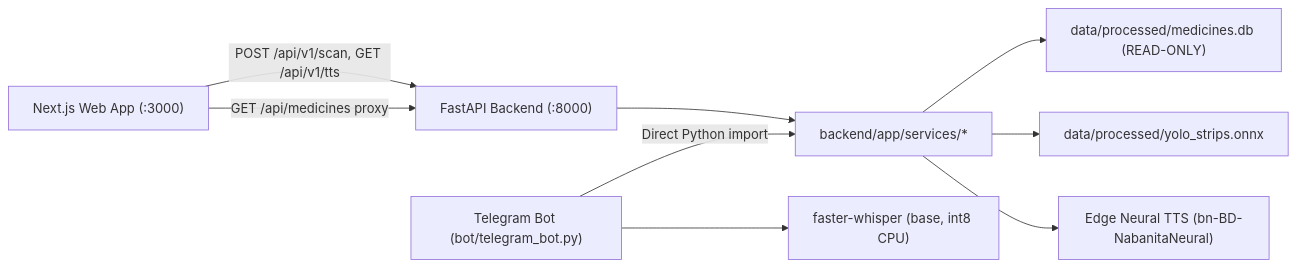
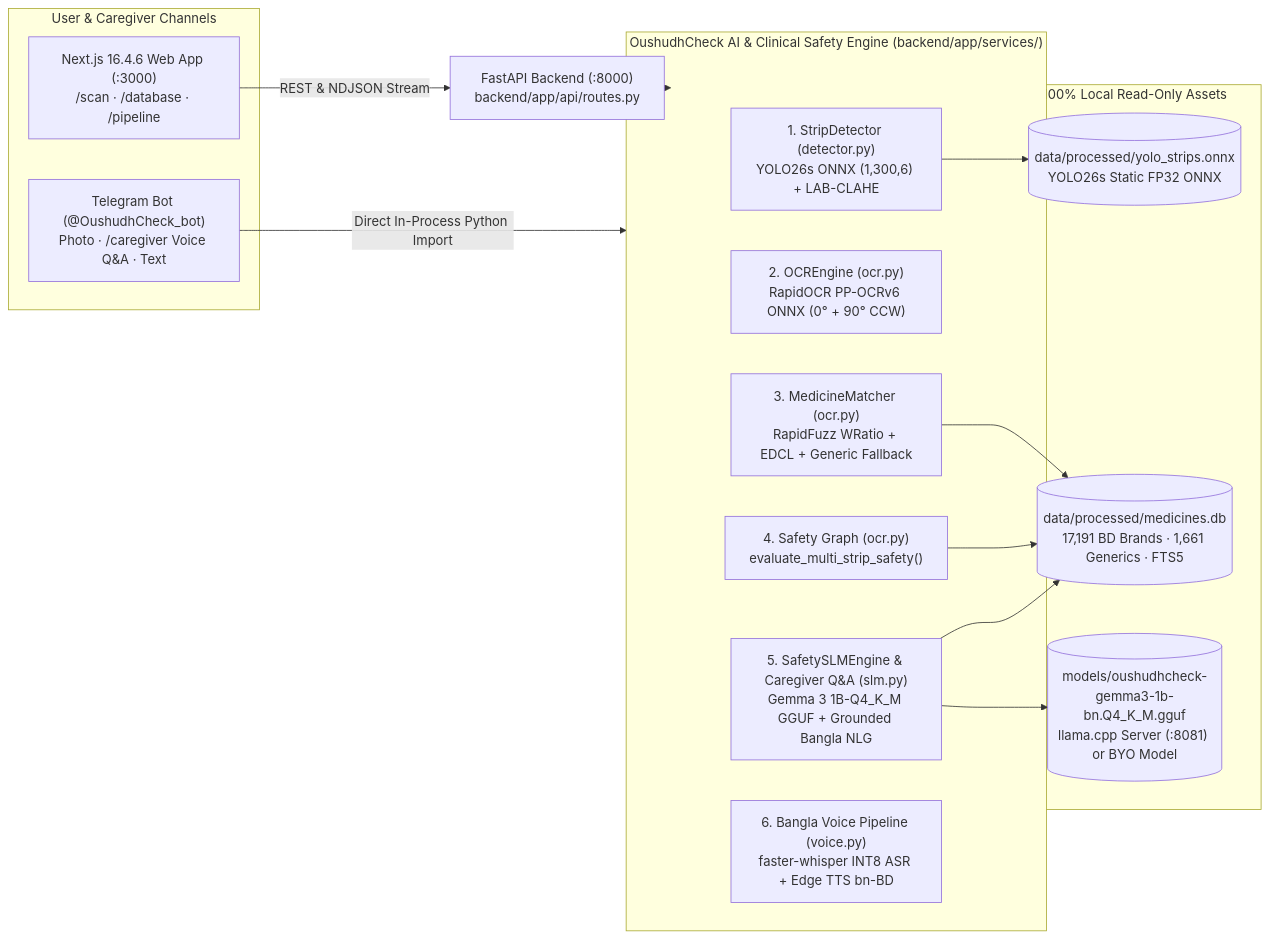
The diagram in agent.md (rhridoyhossan/OushudhCheck), drawn with Mermaid before and after one commit. The commit also changed other lines of this file and 19 other files, not shown here.

````diff
--- a/agent.md
+++ b/agent.md
@@ -14,11 +30,31 @@
 ```mermaid
 flowchart LR
-    Web["Next.js Web App (:3000)"] -->|POST /api/v1/scan, GET /api/v1/tts| API["FastAPI Backend (:8000)"]
-    Web -->|GET /api/medicines proxy| API
-    Bot["Telegram Bot (bot/telegram_bot.py)"] -->|Direct Python import| Services["backend/app/services/*"]
-    API --> Services
-    Services --> DB["data/processed/medicines.db (READ-ONLY)"]
-    Services --> ONNX["data/processed/yolo_strips.onnx"]
-    Services --> TTS["Edge Neural TTS (bn-BD-NabanitaNeural)"]
-    Bot --> ASR["faster-whisper (base, int8 CPU)"]
+    subgraph Clients["User & Caregiver Channels"]
+        Web["Next.js 16.4.6 Web App (:3000)\n/scan · /database · /pipeline"]
+        TG["Telegram Bot (@OushudhCheck_bot)\nPhoto · /caregiver Voice Q&A · Text"]
+    end
+
+    subgraph Core["OushudhCheck AI & Clinical Safety Engine (backend/app/services/)"]
+        Det["1. StripDetector (detector.py)\nYOLO26s ONNX (1,300,6) + LAB-CLAHE"]
+        OCR["2. OCREngine (ocr.py)\nRapidOCR PP-OCRv6 ONNX (0° + 90° CCW)"]
+        Fuzz["3. MedicineMatcher (ocr.py)\nRapidFuzz WRatio + EDCL + Generic Fallback"]
+        Safe["4. Safety Graph (ocr.py)\nevaluate_multi_strip_safety()"]
+        SLM["5. SafetySLMEngine & Caregiver Q&A (slm.py)\nGemma 3 1B-Q4_K_M GGUF + Grounded Bangla NLG"]
+        Voice["6. Bangla Voice Pipeline (voice.py)\nfaster-whisper INT8 ASR + Edge TTS bn-BD"]
+    end
+
+    subgraph Data["100% Local Read-Only Assets"]
+        DB[("data/processed/medicines.db\n17,191 BD Brands · 1,661 Generics · FTS5")]
+        ONNX[("data/processed/yolo_strips.onnx\nYOLO26s Static FP32 ONNX")]
+        GGUF[("models/oushudhcheck-gemma3-1b-bn.Q4_K_M.gguf\nllama.cpp Server (:8081) or BYO Model")]
+    end
+
+    Web -->|"REST & NDJSON Stream"| API["FastAPI Backend (:8000)\nbackend/app/api/routes.py"]
+    API --> Core
+    TG -->|"Direct In-Process Python Import"| Core
+    Det --> ONNX
+    Fuzz --> DB
+    Safe --> DB
+    SLM --> GGUF
+    SLM --> DB
 ```
````
